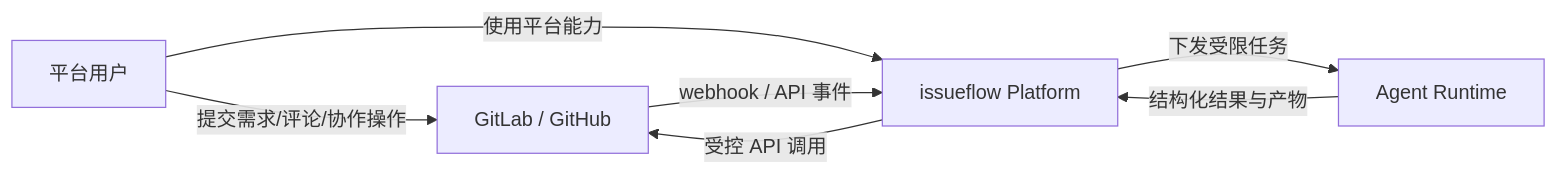
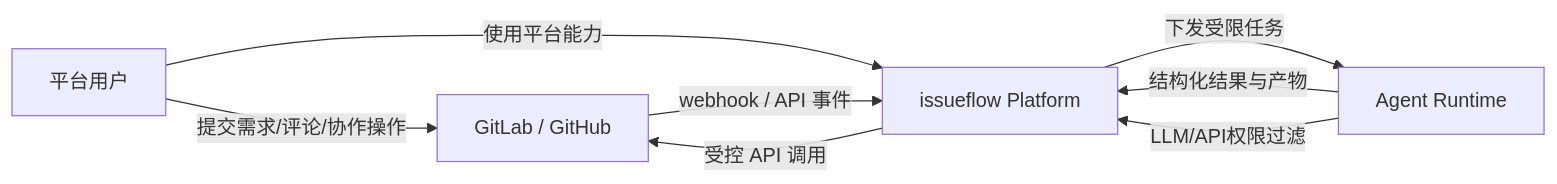
The diagram in README.md (tq02ksu/issueflow), drawn with Mermaid before and after one commit.

Commit message:
feat: add comprehensive design document for issueflow automation platform

````diff
--- a/README.md
+++ b/README.md
@@ -29,14 +29,15 @@
 ```mermaid
 flowchart LR
     USER[平台用户]
     SCM[GitLab / GitHub]
     PLATFORM[issueflow Platform]
     RUNTIME[Agent Runtime]
 
     USER -->|提交需求/评论/协作操作| SCM
     USER -->|使用平台能力| PLATFORM
     SCM -->|webhook / API 事件| PLATFORM
     PLATFORM -->|受控 API 调用| SCM
     PLATFORM -->|下发受限任务| RUNTIME
     RUNTIME -->|结构化结果与产物| PLATFORM
+    RUNTIME -->|LLM/API权限过滤| PLATFORM
 ```
````
